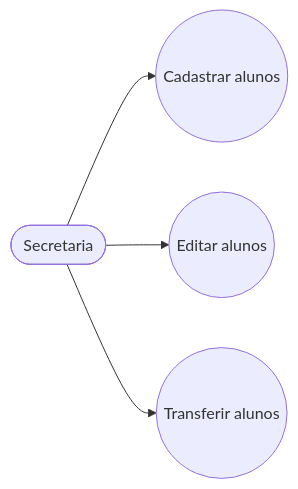
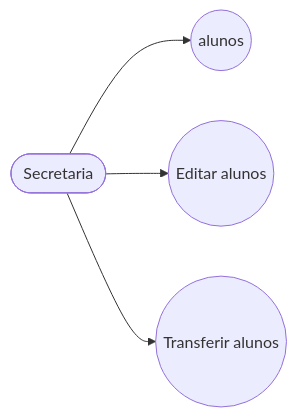
One commit to kellyaquinosiqueira-gif/universidade changed the first of 2 diagrams in readme.md. Above: the diagram before and after it, drawn with Mermaid. The commit also changed other lines of this file and 9 other files, not shown here.

````diff
--- a/readme.md
+++ b/readme.md
@@ -8,13 +8,13 @@
 ```mermaid
 flowchart LR
 
     Usuario([Secretaria])
-    UC1((Cadastrar alunos))
+    UC1(( alunos))
     UC2((Editar alunos))
     UC3((Transferir alunos))
     
     Usuario --> UC1
     Usuario --> UC2
     Usuario --> UC3
 
 ```
````
